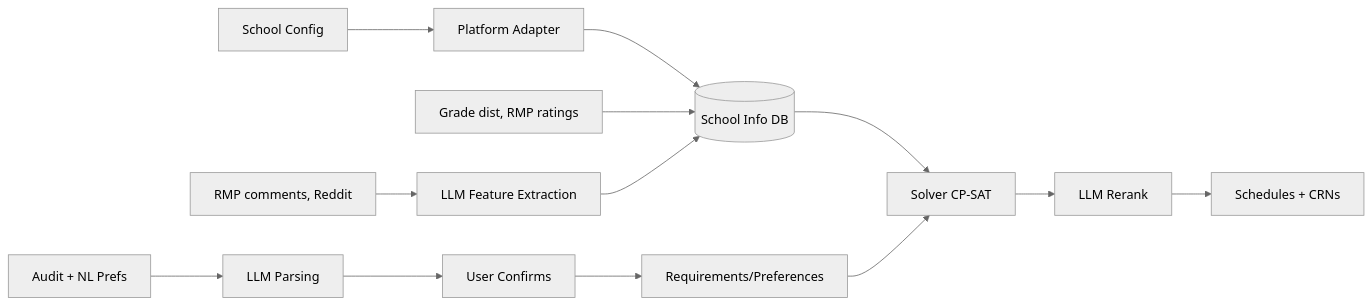
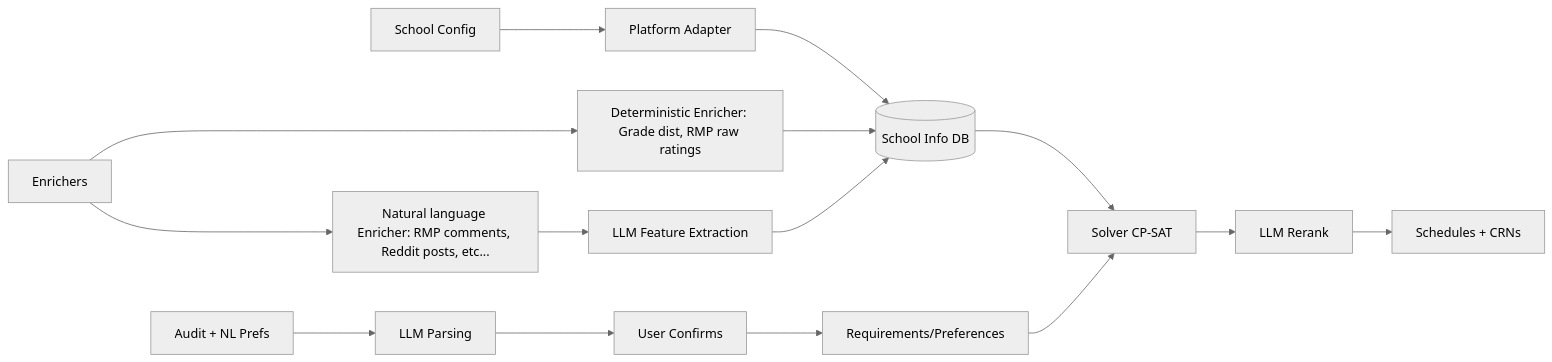
The diagram in Specs.md (RahRah101/RegisterHelper), drawn with Mermaid (neutral theme) before and after one commit.

Commit message:
Modified mermaid graph to show split/difference between deterministic and natural language enrichers more explicitly

````diff
--- a/Specs.md
+++ b/Specs.md
@@ -3,9 +3,11 @@
 ```mermaid
 flowchart LR
   A[School Config] --> B[Platform Adapter] --> DB[(School Info DB)]
-  G[Grade dist, RMP ratings] --> DB
-  T[RMP comments, Reddit] --> F[LLM Feature Extraction] --> DB
+  E[Enrichers] --> G[Deterministic Enricher: Grade dist, RMP raw ratings]
+  E ---> NLE[Natural language Enricher: RMP comments, Reddit posts, etc...]
+  G --> DB
+  NLE --> F[LLM Feature Extraction] --> DB
   P[Audit + NL Prefs] --> L[LLM Parsing] --> U[User Confirms] --> R[Requirements/Preferences]
   DB --> S[Solver CP-SAT]
   R --> S --> K[LLM Rerank] --> O[Schedules + CRNs]
 ```
````
